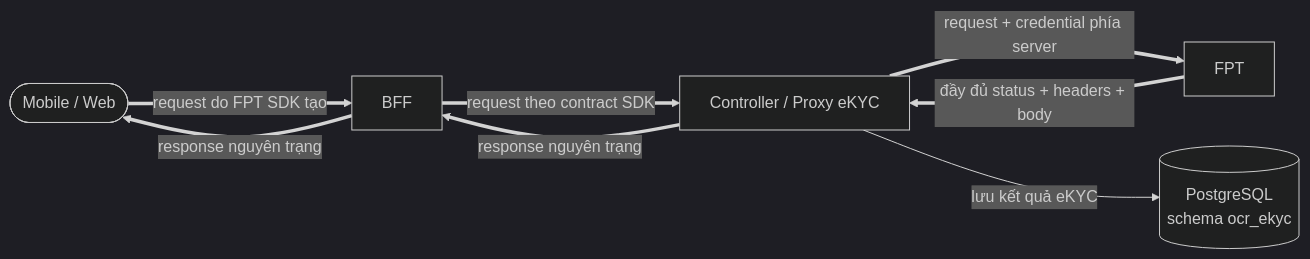
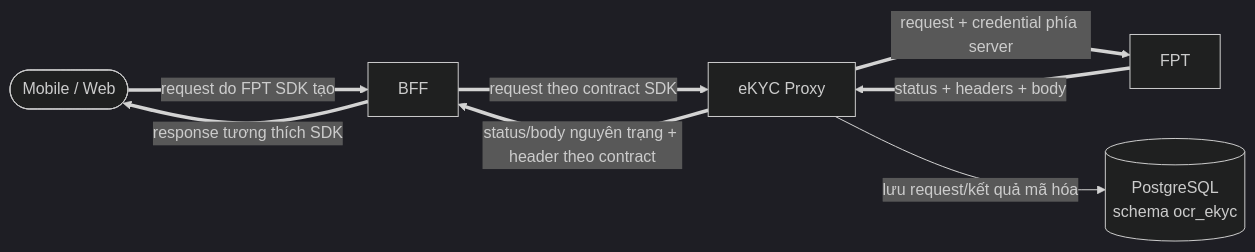
The sixth of 11 diagrams in tdd-ocr-ekyc.md (huynv-xyz/vhm), drawn with Mermaid (dark theme) before and after one commit. The commit also changed other lines of this file, not shown here.

````diff
--- a/tdd-ocr-ekyc.md
+++ b/tdd-ocr-ekyc.md
@@ -900,16 +861,16 @@
 ```mermaid
 flowchart LR
     CHANNEL([Mobile / Web])
     BFF[BFF]
-    SERVICE[Controller / Proxy eKYC]
+    SERVICE[eKYC Proxy]
     FPT[FPT]
     DB[(PostgreSQL<br/>schema ocr_ekyc)]
 
     CHANNEL ==>|request do FPT SDK tạo| BFF
     BFF ==>|request theo contract SDK| SERVICE
     SERVICE ==>|request + credential phía server| FPT
-    FPT ==>|đầy đủ status + headers + body| SERVICE
-    SERVICE -->|lưu kết quả eKYC| DB
-    SERVICE ==>|response nguyên trạng| BFF
-    BFF ==>|response nguyên trạng| CHANNEL
+    FPT ==>|status + headers + body| SERVICE
+    SERVICE -->|lưu request/kết quả mã hóa| DB
+    SERVICE ==>|status/body nguyên trạng + header theo contract| BFF
+    BFF ==>|response tương thích SDK| CHANNEL
 ```
````
